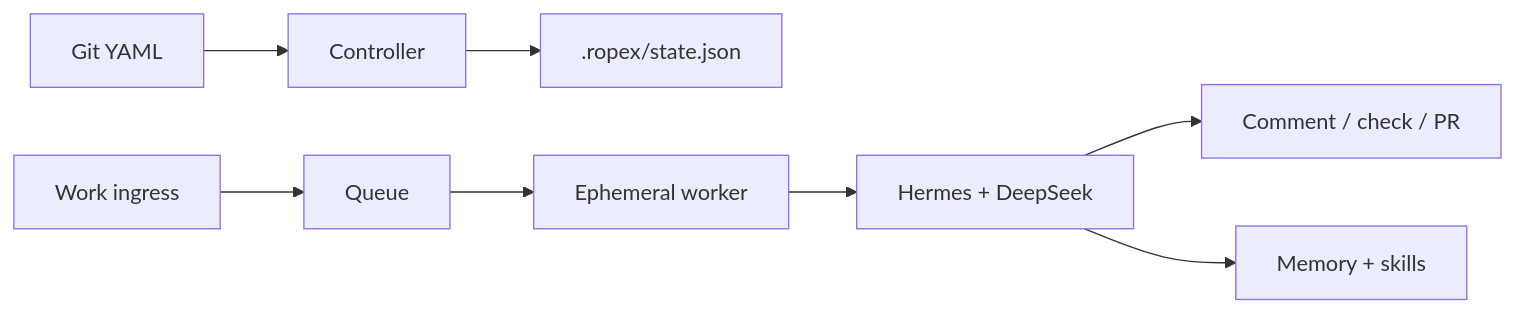
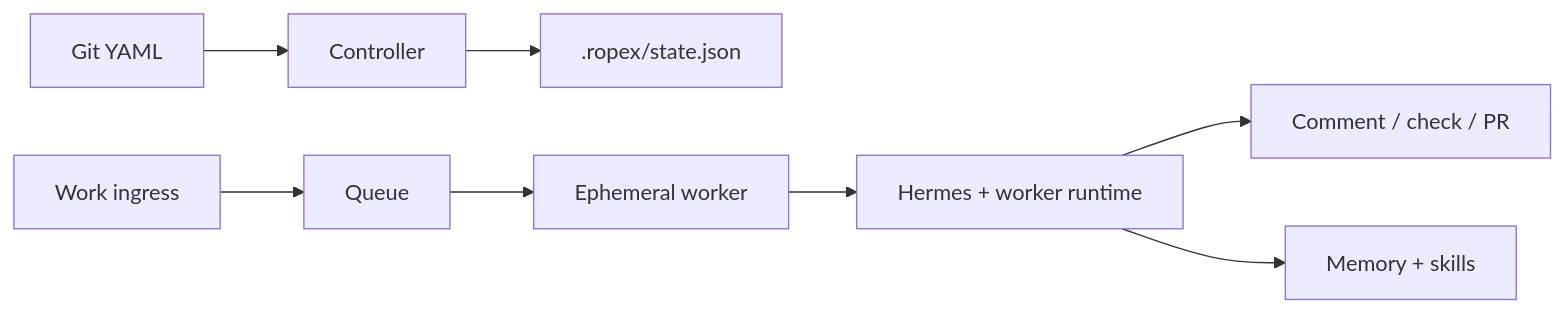
One commit to amirsdream/ropex changed the first of 10 diagrams in docs/system-architecture.md. Above: the diagram before and after it, drawn with Mermaid. The commit also changed other lines of this file and 6 other files, not shown here.

First line of the commit message:
docs: describe the pluggable execute stage across architecture docs

````diff
--- a/docs/system-architecture.md
+++ b/docs/system-architecture.md
@@ -19,10 +19,10 @@
 ```mermaid
 flowchart LR
   GIT["Git YAML"] --> CTRL["Controller"]
   CTRL --> STATE[".ropex/state.json"]
   INGRESS["Work ingress"] --> QUEUE["Queue"]
   QUEUE --> WORKER["Ephemeral worker"]
-  WORKER --> WF["Hermes + DeepSeek"]
+  WORKER --> WF["Hermes + worker runtime"]
   WF --> DELIVER["Comment / check / PR"]
   WF --> LEARN["Memory + skills"]
 ```
````
